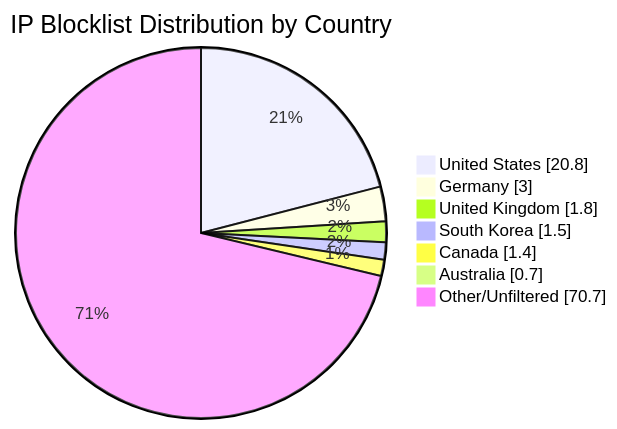
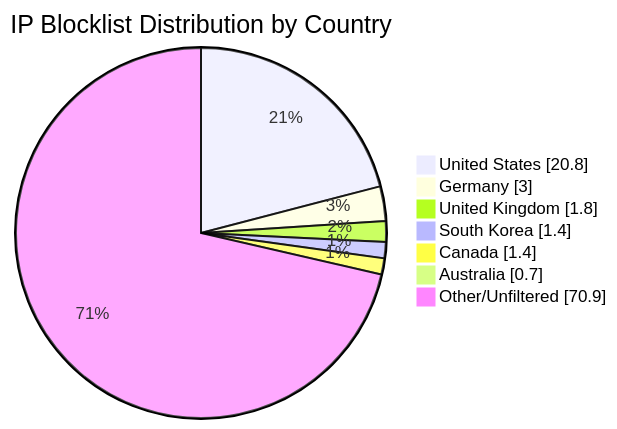
Before and after one commit to MarcusHoltz/ipblocklist-geofiltered-aggregator: the diagram in README.md, drawn with Mermaid. The commit also changed other lines of this file and 9 other files, not shown here.

````diff
--- a/README.md
+++ b/README.md
@@ -34,10 +34,10 @@
 ```mermaid
 pie showData title IP Blocklist Distribution by Country
 "United States" : 20.8
 "Germany" : 3.0
 "United Kingdom" : 1.8
-"South Korea" : 1.5
+"South Korea" : 1.4
 "Canada" : 1.4
 "Australia" : 0.7
-"Other/Unfiltered" : 70.7
+"Other/Unfiltered" : 70.9
 ```
````
